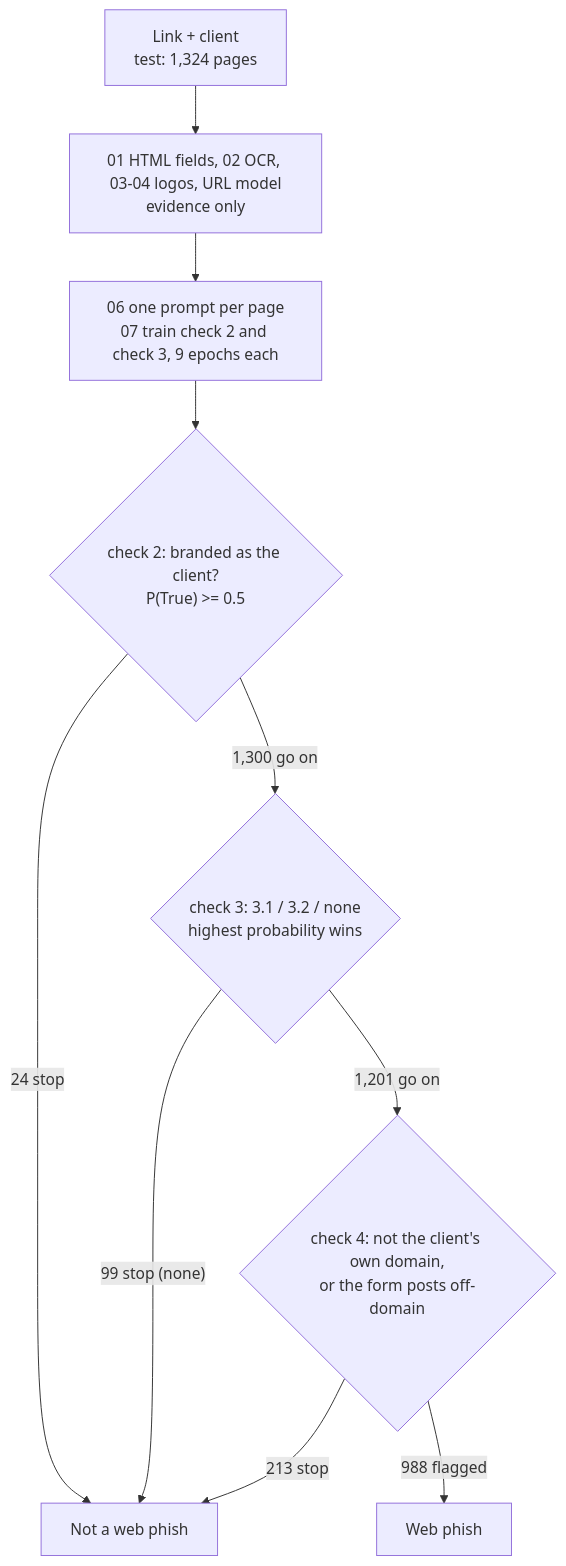
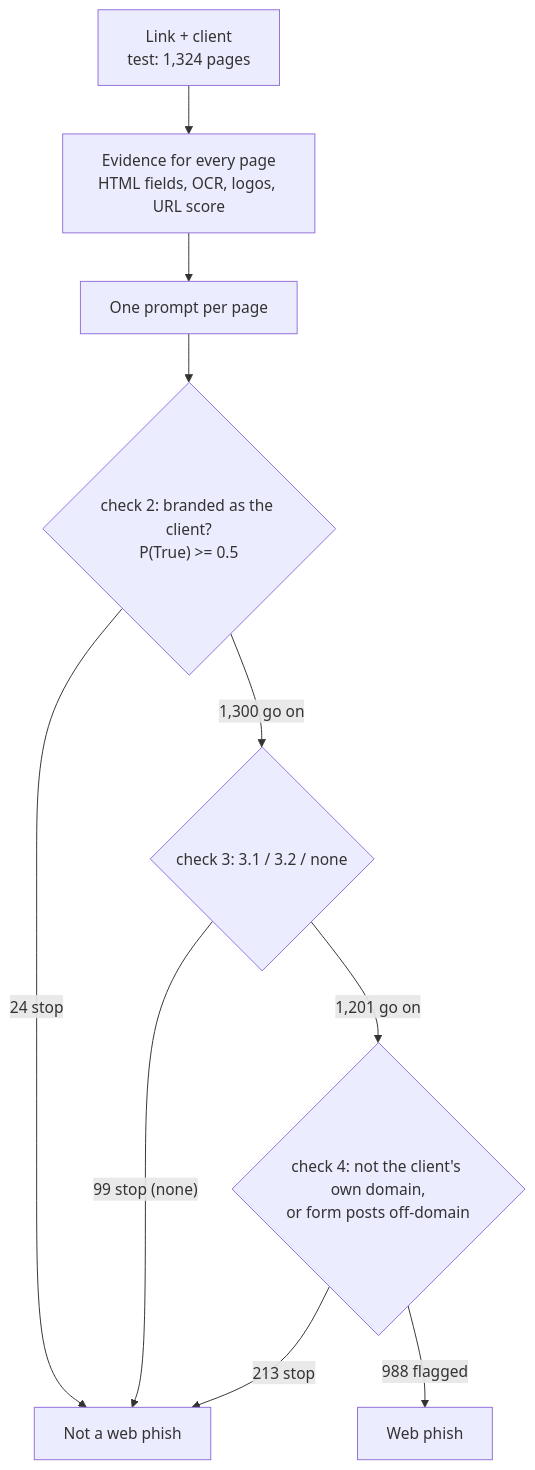
The diagram in development/WebPhish/README.md (JayJajooEAI/DRP), drawn with Mermaid before and after one commit. The commit also changed other lines of this file and 5 other files, not shown here.

````diff
--- a/development/WebPhish/README.md
+++ b/development/WebPhish/README.md
@@ -34,12 +14,12 @@
 ```mermaid
 flowchart TD
-    A["Link + client<br/>test: 1,324 pages"] --> B["01 HTML fields, 02 OCR, 03-04 logos, URL model<br/>evidence only"]
-    B --> C["06 one prompt per page<br/>07 train check 2 and check 3, 9 epochs each"]
+    A["Link + client<br/>test: 1,324 pages"] --> B["Evidence for every page<br/>HTML fields, OCR, logos, URL score"]
+    B --> C["One prompt per page"]
     C --> D{"check 2: branded as the client?<br/>P(True) >= 0.5"}
     D -->|"24 stop"| N["Not a web phish"]
-    D -->|"1,300 go on"| E{"check 3: 3.1 / 3.2 / none<br/>highest probability wins"}
+    D -->|"1,300 go on"| E{"check 3: 3.1 / 3.2 / none"}
     E -->|"99 stop (none)"| N
-    E -->|"1,201 go on"| F{"check 4: not the client's own domain,<br/>or the form posts off-domain"}
+    E -->|"1,201 go on"| F{"check 4: not the client's own domain,<br/>or form posts off-domain"}
     F -->|"213 stop"| N
     F -->|"988 flagged"| Y["Web phish"]
 ```
````
